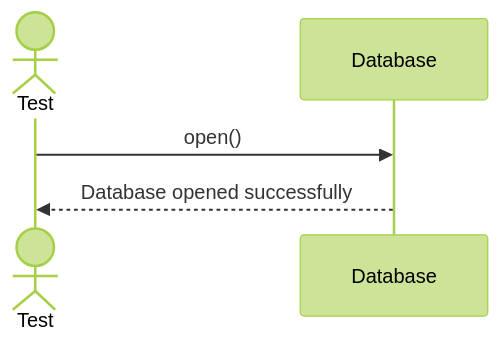
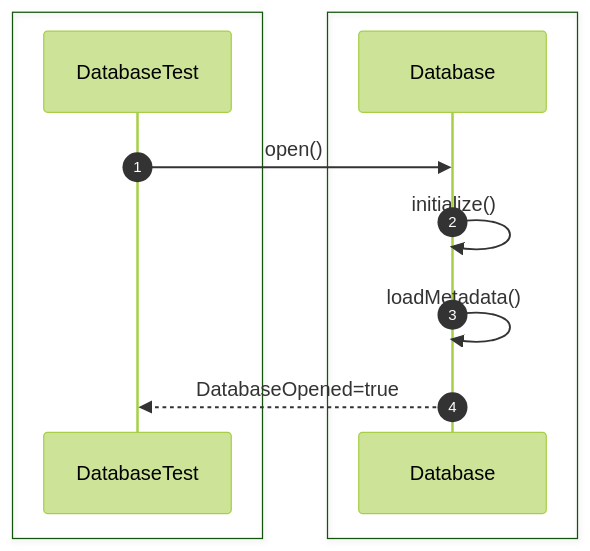
Before and after one commit to Huy1801214/dbms-architecture: the first of 42 diagrams in src/sequence/db-object.md, drawn with Mermaid (forest theme). The commit also changed other lines of this file, not shown here.

Commit message:
add sequence diagrams for database object unit tests

````diff
--- a/src/sequence/db-object.md
+++ b/src/sequence/db-object.md
@@ -6,8 +6,18 @@
 ```mermaid
 sequenceDiagram
-    actor Test
-    participant Database
+    autonumber
+    box #e1f5fe Test Suite
+    participant Test as DatabaseTest
+    end
+    box #e8f5e9 Database Objects
+    participant Database as Database
+    end
 
     Test->>Database: open()
-    Database-->>Test: Database opened successfully
+
+    Database->>Database: initialize()
+
+    Database->>Database: loadMetadata()
+
+    Database-->>Test: DatabaseOpened=true
 ```
````
